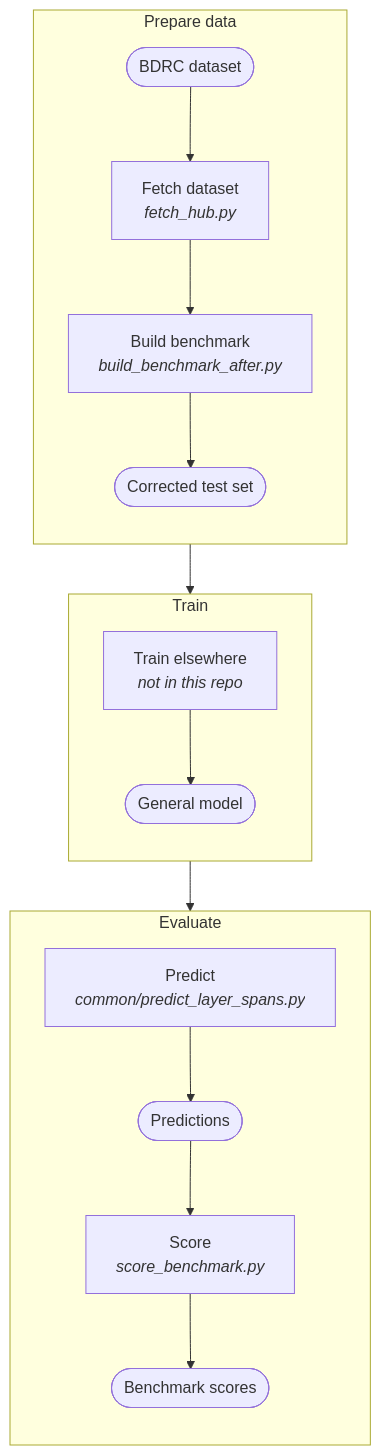
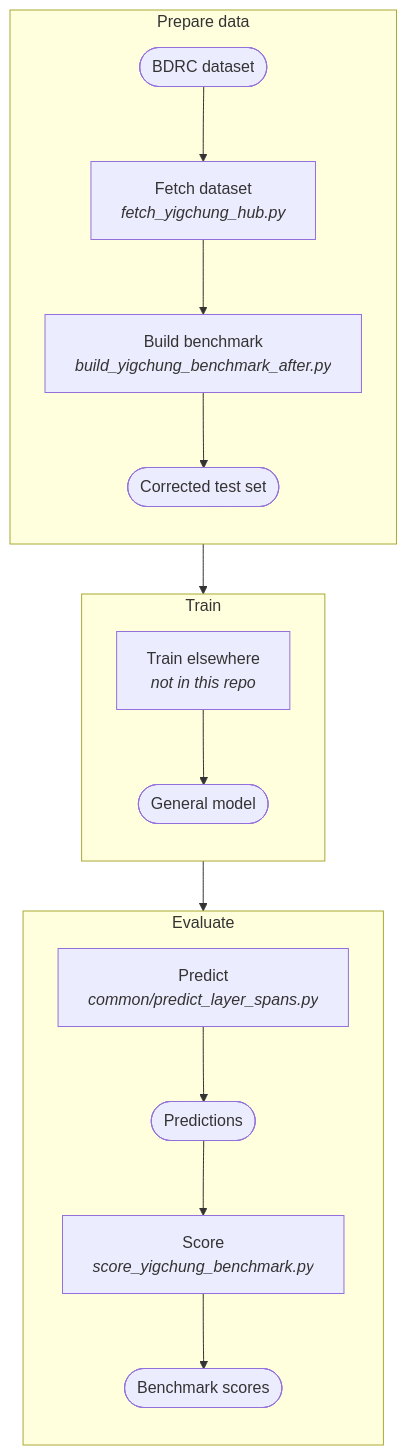
Before and after one commit to tenzinyonten/tibetan-layer-detection: the first of 2 diagrams in yigchung/README.md, drawn with Mermaid. The commit also changed other lines of this file and 161 other files, not shown here.

````diff
--- a/yigchung/README.md
+++ b/yigchung/README.md
@@ -40,21 +40,21 @@
 ```mermaid
 flowchart TD
   subgraph PREP["Prepare data"]
     direction TB
-    F1(["BDRC dataset"]) --> S1["Fetch dataset<br/><i>fetch_hub.py</i>"]
-    S1 --> S2["Build benchmark<br/><i>build_benchmark_after.py</i>"]
+    F1(["BDRC dataset"]) --> S1["Fetch dataset<br/><i>fetch_yigchung_hub.py</i>"]
+    S1 --> S2["Build benchmark<br/><i>build_yigchung_benchmark_after.py</i>"]
     S2 --> F2(["Corrected test set"])
   end
   subgraph TRAIN["Train"]
     direction TB
     T1["Train elsewhere<br/><i>not in this repo</i>"] --> F3(["General model"])
   end
   subgraph EVAL["Evaluate"]
     direction TB
     E1["Predict<br/><i>common/predict_layer_spans.py</i>"] --> F4(["Predictions"])
-    F4 --> E2["Score<br/><i>score_benchmark.py</i>"]
+    F4 --> E2["Score<br/><i>score_yigchung_benchmark.py</i>"]
     E2 --> F5(["Benchmark scores"])
   end
   PREP --> TRAIN
   TRAIN --> EVAL
 ```
````
